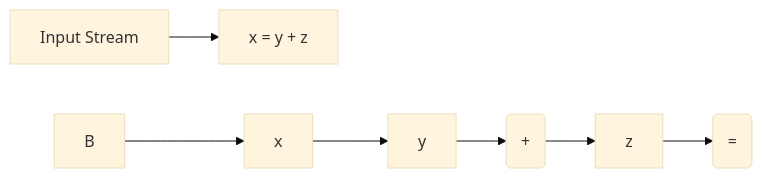
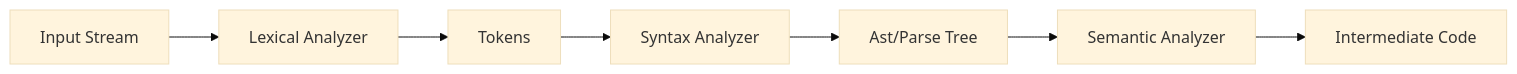
One commit to imxade/dontCompete changed the diagram in frontend/public/assets/gate/cs/compiler-design/lexical-analysis.md. Above: the diagram before and after it, drawn with Mermaid (base theme). The commit also changed other lines of this file and 4395 other files, not shown here.

````diff
--- a/frontend/public/assets/gate/cs/compiler-design/lexical-analysis.md
+++ b/frontend/public/assets/gate/cs/compiler-design/lexical-analysis.md
@@ -70,9 +64,9 @@
 ```mermaid
 graph LR
-    A[Input Stream] --> B[x = y + z]
-    C[B] --> D[x]
-    D --> E[y]
-    E --> F(+)
-    F --> G[z]
-    G --> H(=)
+A[Input Stream] --> B[Lexical Analyzer]
+B --> C[Tokens]
+C --> D[Syntax Analyzer]
+D --> E[Ast/Parse Tree]
+E --> F[Semantic Analyzer]
+F --> G[Intermediate Code]
 ```
````
